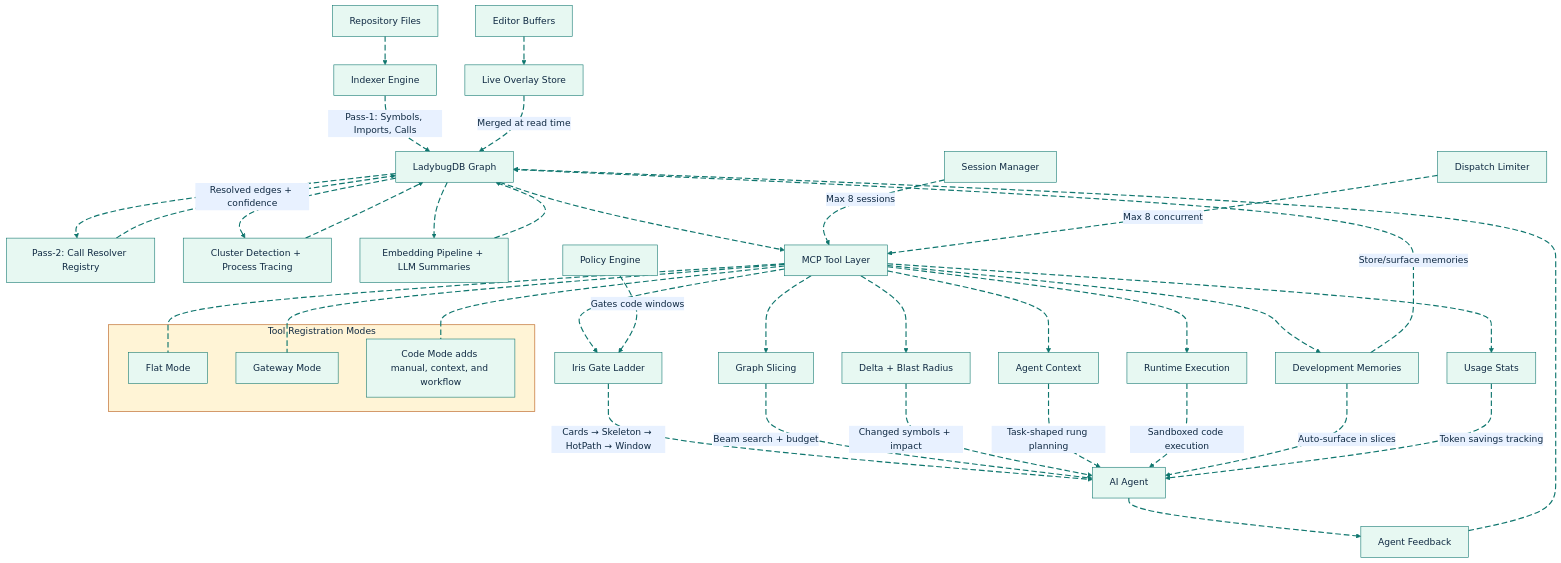
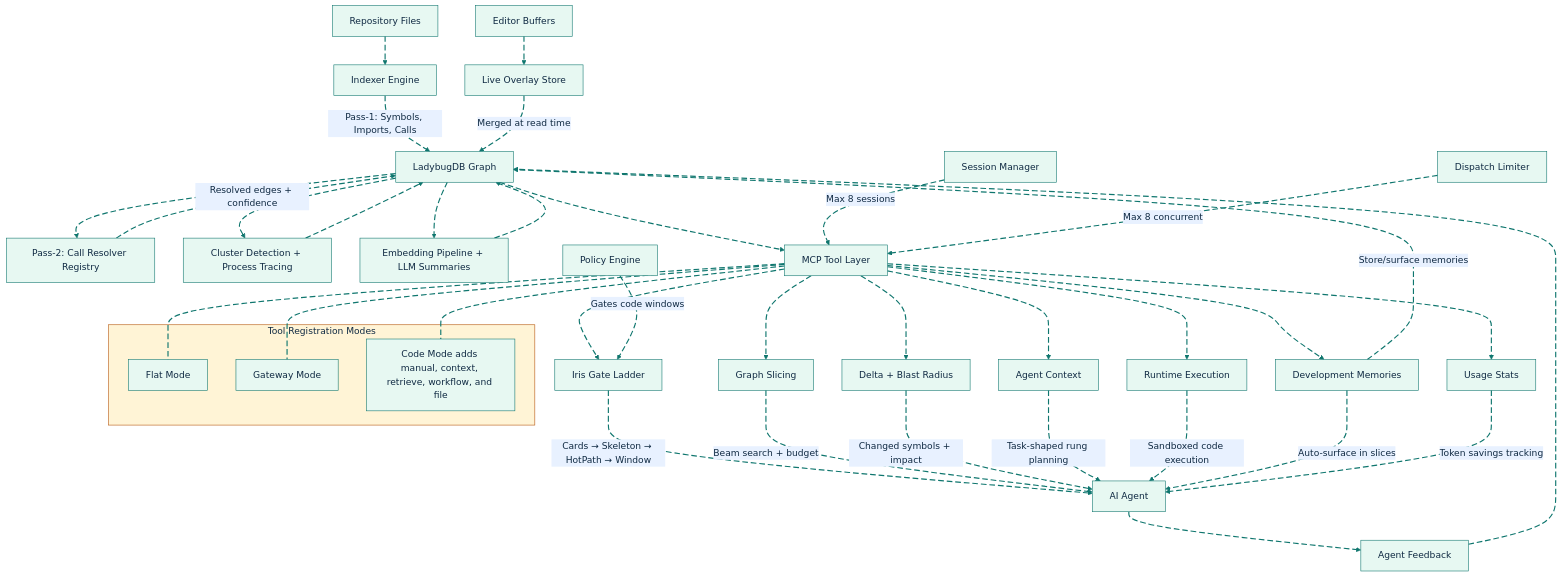
Diagram 14 of 14 in docs/architecture.md (GlitterKill/sdl-mcp), drawn with Mermaid before and after one commit. The commit also changed other lines of this file and 17 other files, not shown here.

Commit message:
Document Code Mode retrieve and file surfaces

````diff
--- a/docs/architecture.md
+++ b/docs/architecture.md
@@ -718,67 +718,67 @@
 ```mermaid
 %%{init: {"theme":"base","themeVariables":{"background":"#ffffff","primaryColor":"#E7F8F2","primaryBorderColor":"#0F766E","primaryTextColor":"#102A43","secondaryColor":"#E8F1FF","secondaryBorderColor":"#2563EB","secondaryTextColor":"#102A43","tertiaryColor":"#FFF4D6","tertiaryBorderColor":"#B45309","tertiaryTextColor":"#102A43","lineColor":"#0F766E","textColor":"#102A43","fontFamily":"Inter, ui-sans-serif, system-ui, -apple-system, BlinkMacSystemFont, Segoe UI, sans-serif"},"flowchart":{"curve":"basis","htmlLabels":true}}}%%
 graph TD
     A[Repository Files] e1@--> B[Indexer Engine]
     B e2@--> |Pass-1: Symbols, Imports, Calls| C[LadybugDB Graph]
 
     E[Editor Buffers] e3@--> F[Live Overlay Store]
     F e4@-.-> |Merged at read time| C
 
     C e5@--> G[Pass-2: Call Resolver Registry]
     G e6@--> |Resolved edges + confidence| C
 
     C e7@--> H[Cluster Detection + Process Tracing]
     H e8@--> C
 
     C e9@--> I[Embedding Pipeline + LLM Summaries]
     I e10@--> C
 
     C e11@--> J[MCP Tool Layer]
 
     subgraph Tool Registration Modes
         J1[Flat Mode]
         J2[Gateway Mode]
-        J3[Code Mode adds manual, context, and workflow]
+        J3[Code Mode adds manual, context, retrieve, workflow, and file]
     end
     J e12@--- J1
     J e13@--- J2
     J e14@--- J3
 
     J e15@--> K[Iris Gate Ladder]
     K e16@--> |Cards → Skeleton → HotPath → Window| L[AI Agent]
 
     J e17@--> M[Graph Slicing]
     M e18@--> |Beam search + budget| L
 
     J e19@--> N[Delta + Blast Radius]
     N e20@--> |Changed symbols + impact| L
 
     J e21@--> O[Agent Context]
     O e22@--> |Task-shaped rung planning| L
 
     J e23@--> U[Runtime Execution]
     U e24@--> |Sandboxed code execution| L
 
     L e25@--> P[Agent Feedback]
     P e26@--> C
 
     J e27@--> T[Development Memories]
     T e28@--> |Store/surface memories| C
     T e29@--> |Auto-surface in slices| L
 
     J e30@--> V[Usage Stats]
     V e31@--> |Token savings tracking| L
 
     Q[Policy Engine] e32@-.-> |Gates code windows| K
     R[Session Manager] e33@-.-> |Max 8 sessions| J
     S[Dispatch Limiter] e34@-.-> |Max 8 concurrent| J
 
     classDef source fill:#E7F8F2,stroke:#0F766E,stroke-width:2px,color:#102A43;
     classDef process fill:#E8F1FF,stroke:#2563EB,stroke-width:2px,color:#102A43;
     classDef decision fill:#FFF4D6,stroke:#B45309,stroke-width:2px,color:#102A43;
     classDef storage fill:#F2E8FF,stroke:#7C3AED,stroke-width:2px,color:#102A43;
     classDef output fill:#FFE8EF,stroke:#BE123C,stroke-width:2px,color:#102A43;
     classDef muted fill:#F8FAFC,stroke:#64748B,stroke-width:1px,color:#102A43;
     classDef animate stroke:#0F766E,stroke-width:2px,stroke-dasharray:10\,5,stroke-dashoffset:900,animation:dash 22s linear infinite;
     class e1,e2,e3,e4,e5,e6,e7,e8,e9,e10,e11,e12,e13,e14,e15,e16,e17,e18,e19,e20,e21,e22,e23,e24,e25,e26,e27,e28,e29,e30,e31,e32,e33,e34 animate;
 ```
````
